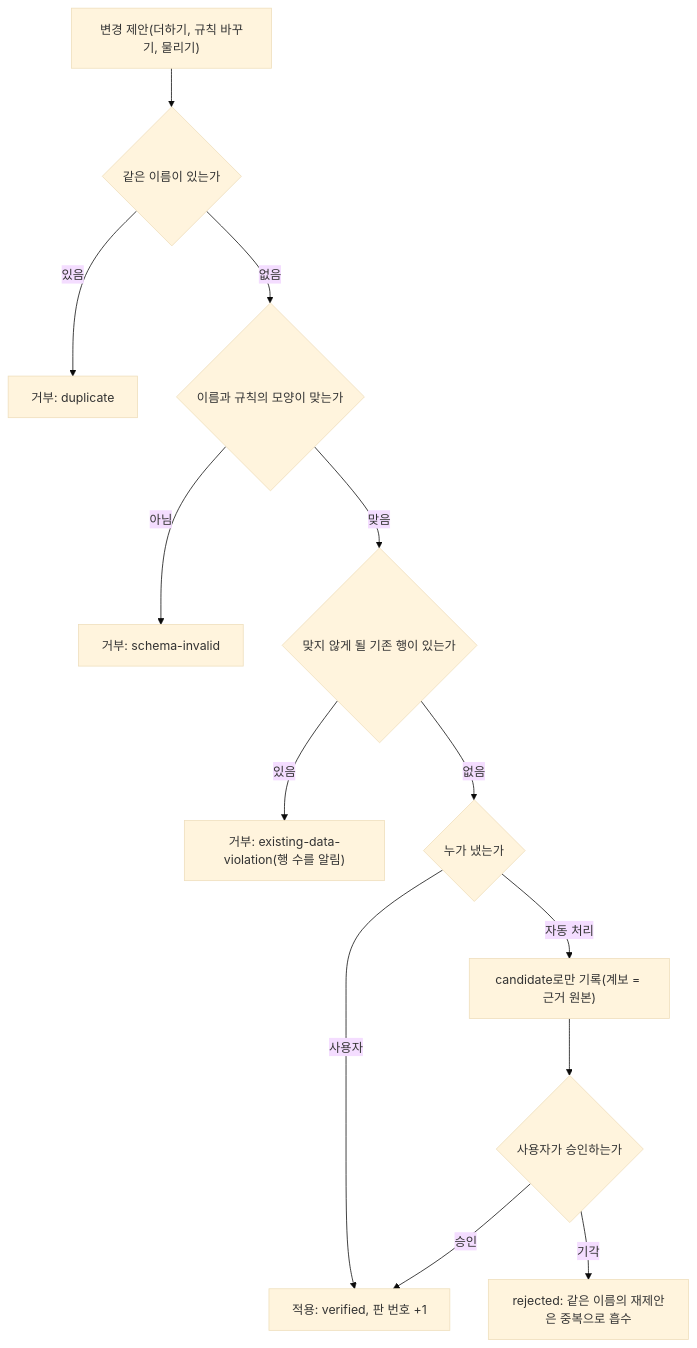
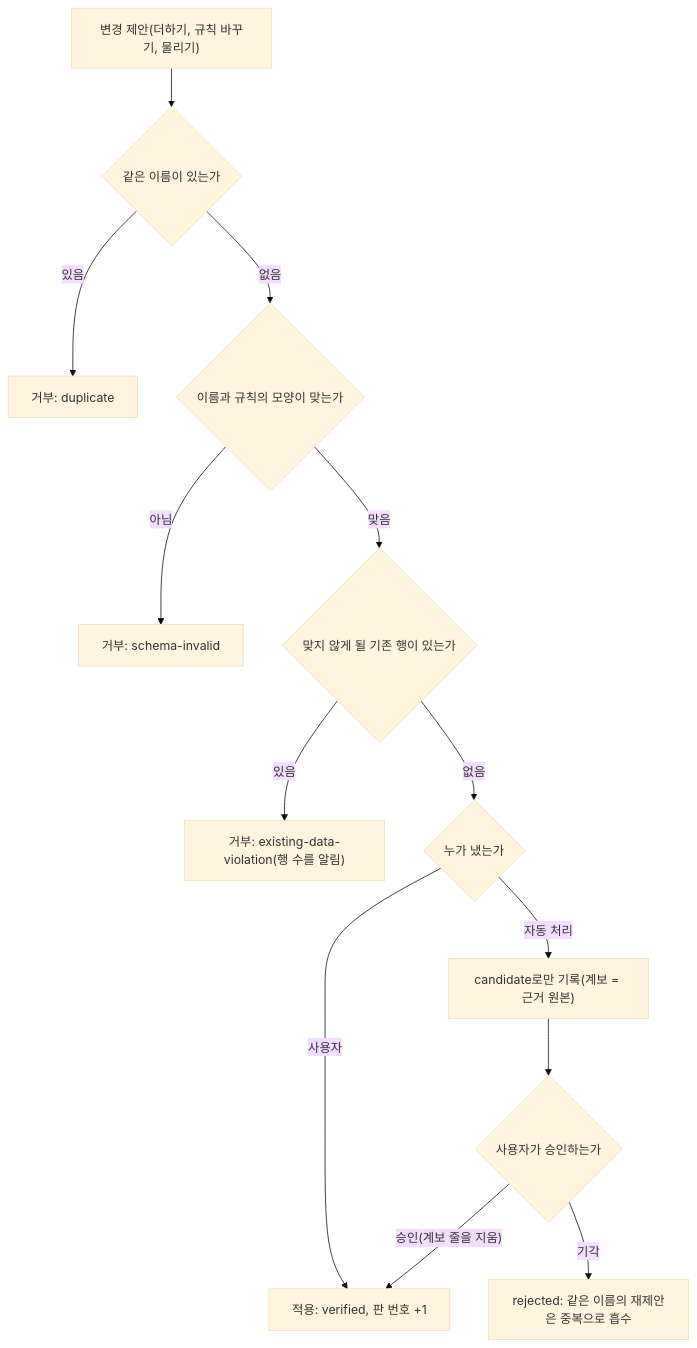
One commit to nohdol97/PKI changed the third of 4 diagrams in docs/specs/2026-11-22-S01-semantic-registry.md. Above: the diagram before and after it, drawn with Mermaid (base theme). The commit also changed other lines of this file, not shown here.

````diff
--- a/docs/specs/2026-11-22-S01-semantic-registry.md
+++ b/docs/specs/2026-11-22-S01-semantic-registry.md
@@ -349,15 +370,15 @@
 ```mermaid
 flowchart TD
   P["변경 제안(더하기, 규칙 바꾸기, 물리기)"] --> D{"같은 이름이 있는가"}
   D -- "있음" --> RD["거부: duplicate"]
   D -- "없음" --> S{"이름과 규칙의 모양이 맞는가"}
   S -- "아님" --> RS["거부: schema-invalid"]
   S -- "맞음" --> I{"맞지 않게 될 기존 행이 있는가"}
   I -- "있음" --> RI["거부: existing-data-violation(행 수를 알림)"]
   I -- "없음" --> A{"누가 냈는가"}
   A -- "사용자" --> OK["적용: verified, 판 번호 +1"]
   A -- "자동 처리" --> CAND["candidate로만 기록(계보 = 근거 원본)"]
   CAND --> UA{"사용자가 승인하는가"}
-  UA -- "승인" --> OK
+  UA -- "승인(계보 줄을 지움)" --> OK
   UA -- "기각" --> REJ["rejected: 같은 이름의 재제안은 중복으로 흡수"]
 ```
````
